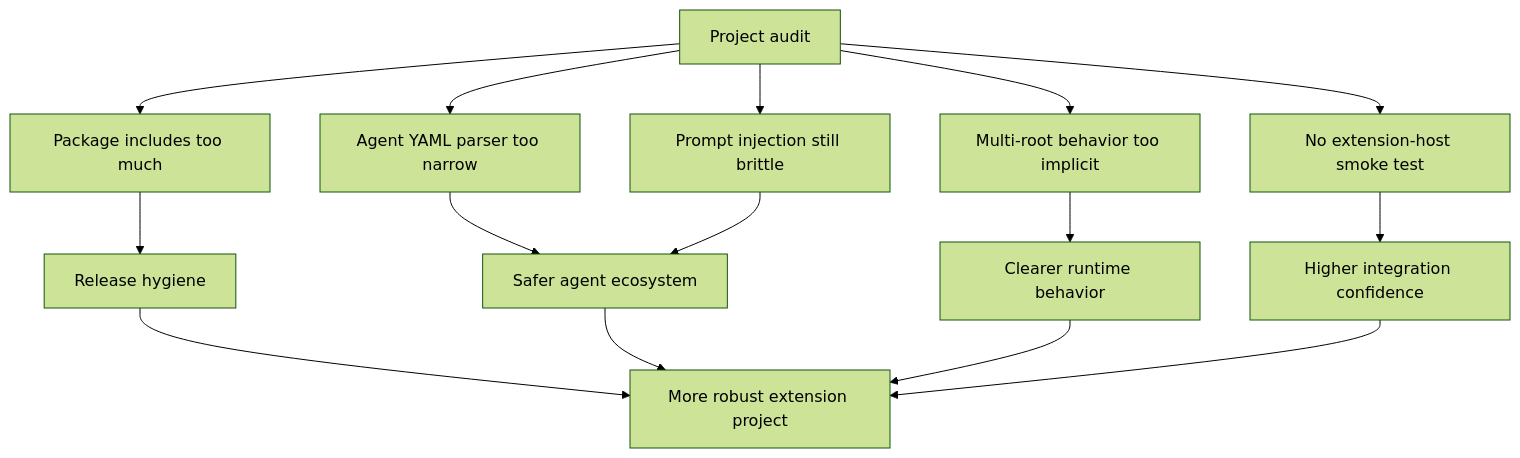
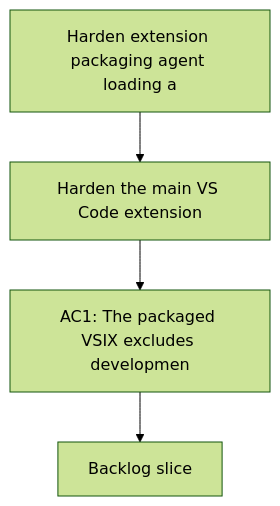
One commit to AlexAgo83/logics-manager changed the diagram in logics/request/req_027_harden_extension_packaging_agent_loading_and_workspace_runtime_behavior.md. Above: the diagram before and after it, drawn with Mermaid (forest theme). The commit also changed other lines of this file and 481 other files, not shown here.

````diff
--- a/logics/request/req_027_harden_extension_packaging_agent_loading_and_workspace_runtime_behavior.md
+++ b/logics/request/req_027_harden_extension_packaging_agent_loading_and_workspace_runtime_behavior.md
@@ -43,18 +43,8 @@
 ```mermaid
+%% logics-kind: request
 %% logics-signature: request|harden-extension-packaging-agent-loading|harden-the-main-vs-code-extension|ac1-the-packaged-vsix-excludes-developme
 flowchart TD
-    A[Project audit] --> B[Package includes too much]
-    A --> C[Agent YAML parser too narrow]
-    A --> D[Prompt injection still brittle]
-    A --> E[Multi-root behavior too implicit]
-    A --> F[No extension-host smoke test]
-    B --> G[Release hygiene]
-    C --> H[Safer agent ecosystem]
-    D --> H
-    E --> I[Clearer runtime behavior]
-    F --> J[Higher integration confidence]
-    G --> K[More robust extension project]
-    H --> K
-    I --> K
-    J --> K
+    Trigger[Harden extension packaging agent loading a] --> Need[Harden the main VS Code extension]
+    Need --> Outcome[AC1: The packaged VSIX excludes developmen]
+    Outcome --> Backlog[Backlog slice]
 ```
````
